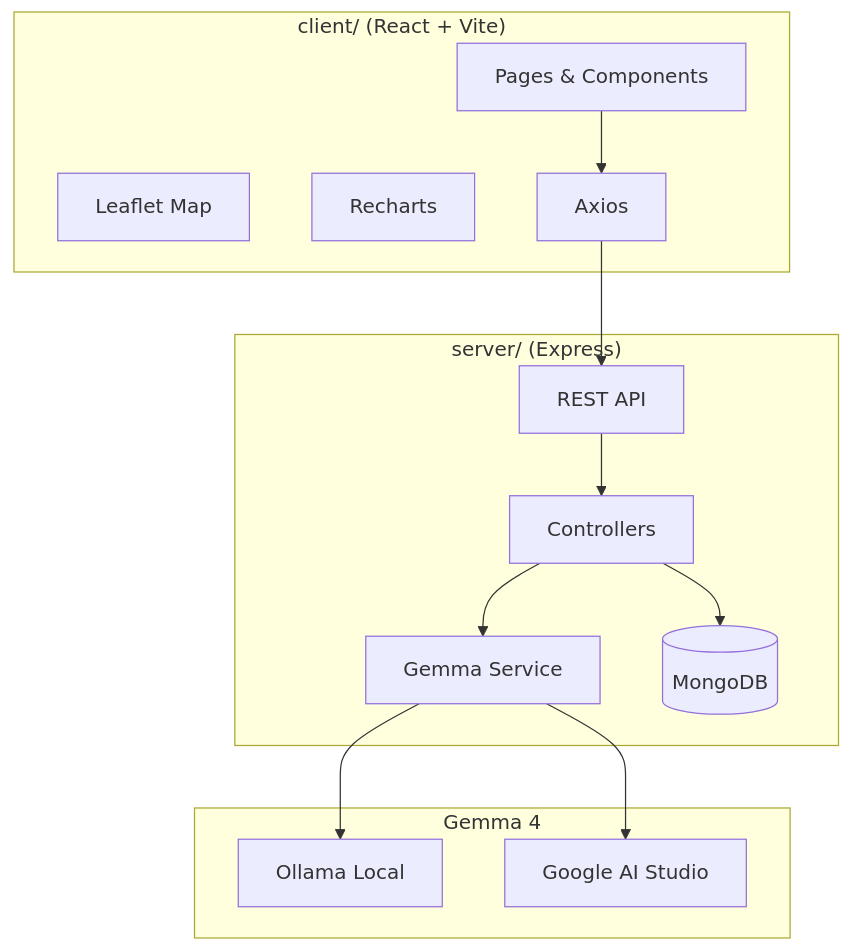
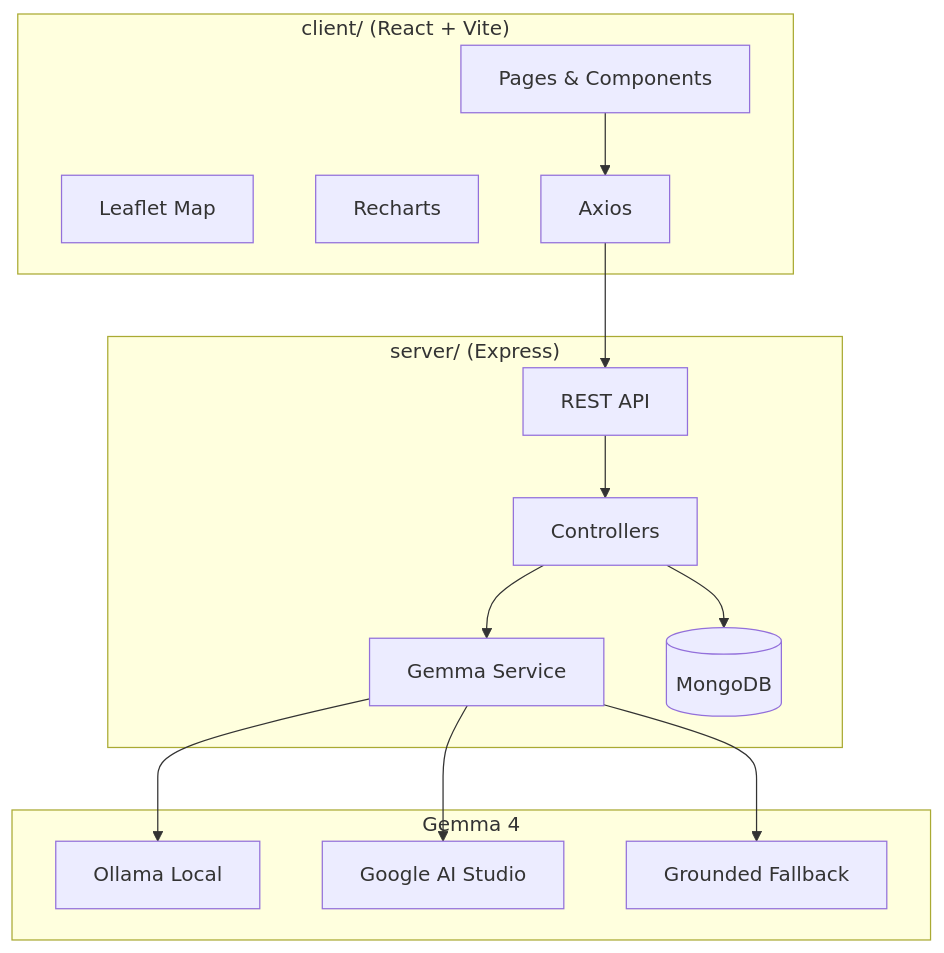
One commit to Vya234/OutbreakIQ changed the diagram in README.md. Above: the diagram before and after it, drawn with Mermaid. The commit also changed other lines of this file, not shown here.

````diff
--- a/README.md
+++ b/README.md
@@ -25,28 +55,30 @@
 ```mermaid
 flowchart TB
   subgraph Client["client/ (React + Vite)"]
     UI[Pages & Components]
     Map[Leaflet Map]
     Charts[Recharts]
     UI --> API_CLIENT[Axios]
   end
 
   subgraph Server["server/ (Express)"]
     API[REST API]
     CTRL[Controllers]
     SVC[Gemma Service]
     DB[(MongoDB)]
     API --> CTRL
     CTRL --> DB
     CTRL --> SVC
   end
 
   subgraph AI["Gemma 4"]
     Ollama[Ollama Local]
     Google[Google AI Studio]
+    Fallback[Grounded Fallback]
   end
 
   API_CLIENT --> API
   SVC --> Ollama
   SVC --> Google
+  SVC --> Fallback
 ```
````
